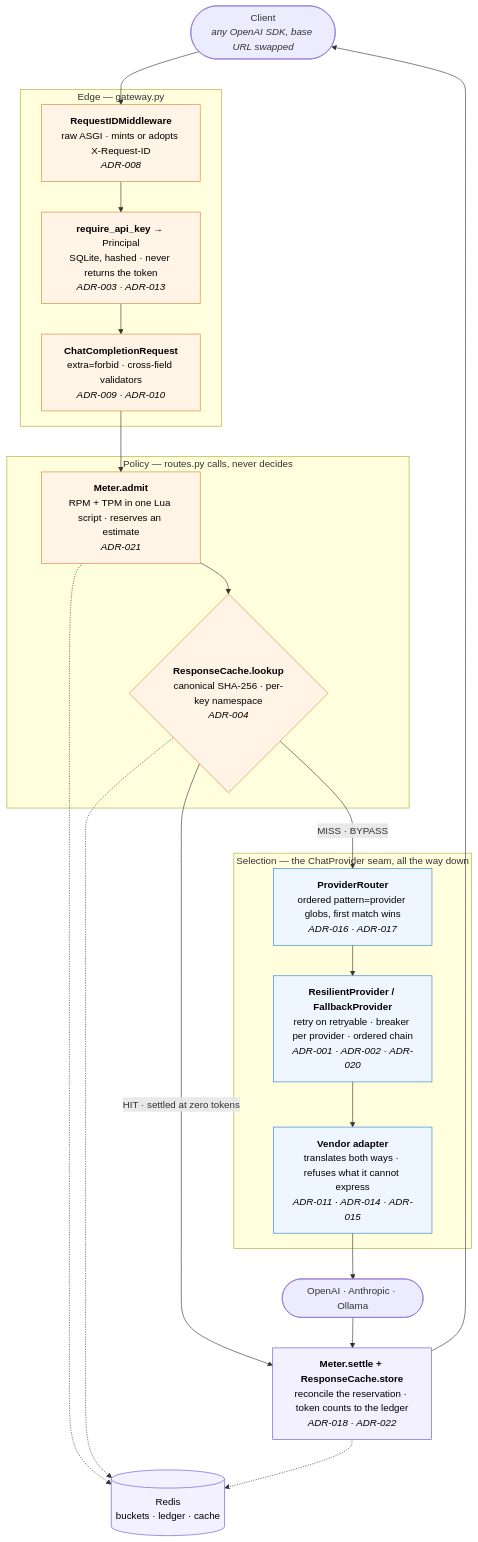
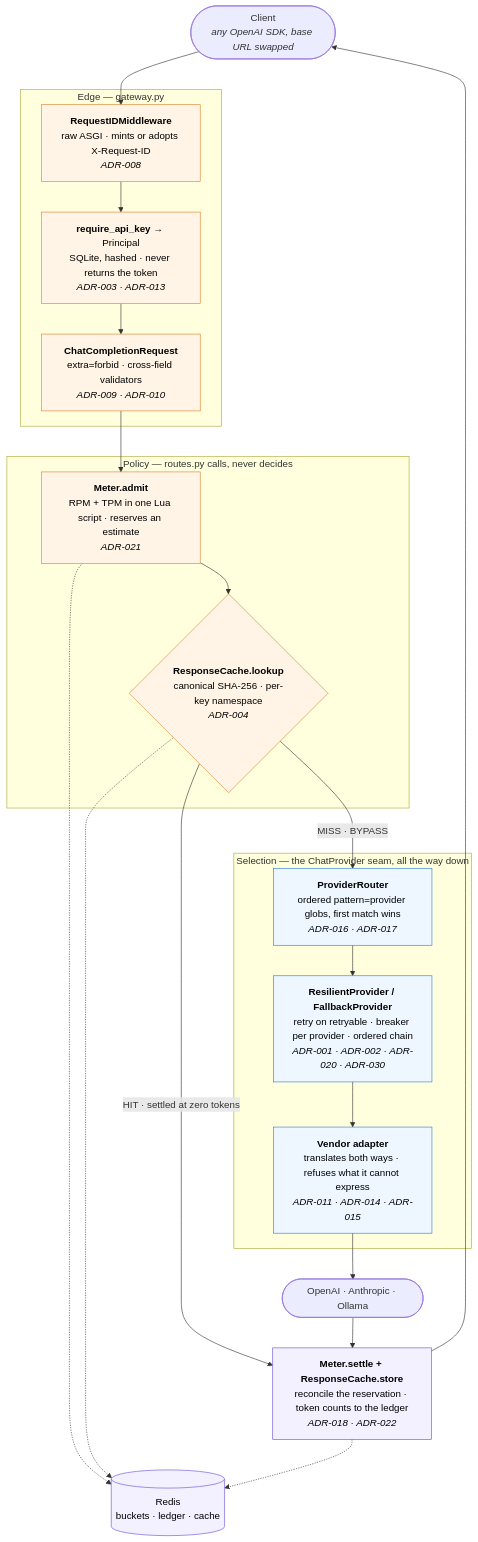
Before and after one commit to BenvinD/vortex-ai-gateway: the diagram in docs/architecture.md, drawn with Mermaid. The commit also changed other lines of this file and 15 other files, not shown here.

````diff
--- a/docs/architecture.md
+++ b/docs/architecture.md
@@ -11,45 +11,45 @@
 ```mermaid
 flowchart TD
     client([Client<br/><i>any OpenAI SDK, base URL swapped</i>])
 
     subgraph edge["Edge — gateway.py"]
         mw["<b>RequestIDMiddleware</b><br/>raw ASGI · mints or adopts X-Request-ID<br/><i>ADR-008</i>"]
         auth["<b>require_api_key</b> → Principal<br/>SQLite, hashed · never returns the token<br/><i>ADR-003 · ADR-013</i>"]
         validate["<b>ChatCompletionRequest</b><br/>extra=forbid · cross-field validators<br/><i>ADR-009 · ADR-010</i>"]
     end
 
     subgraph policy["Policy — routes.py calls, never decides"]
         admit["<b>Meter.admit</b><br/>RPM + TPM in one Lua script · reserves an estimate<br/><i>ADR-021</i>"]
         cache{"<b>ResponseCache.lookup</b><br/>canonical SHA-256 · per-key namespace<br/><i>ADR-004</i>"}
     end
 
     subgraph selection["Selection — the ChatProvider seam, all the way down"]
         router["<b>ProviderRouter</b><br/>ordered pattern=provider globs, first match wins<br/><i>ADR-016 · ADR-017</i>"]
-        resilience["<b>ResilientProvider / FallbackProvider</b><br/>retry on retryable · breaker per provider · ordered chain<br/><i>ADR-001 · ADR-002 · ADR-020</i>"]
+        resilience["<b>ResilientProvider / FallbackProvider</b><br/>retry on retryable · breaker per provider · ordered chain<br/><i>ADR-001 · ADR-002 · ADR-020 · ADR-030</i>"]
         adapter["<b>Vendor adapter</b><br/>translates both ways · refuses what it cannot express<br/><i>ADR-011 · ADR-014 · ADR-015</i>"]
     end
 
     upstream([OpenAI · Anthropic · Ollama])
 
     settle["<b>Meter.settle + ResponseCache.store</b><br/>reconcile the reservation · token counts to the ledger<br/><i>ADR-018 · ADR-022</i>"]
 
     redis[("Redis<br/>buckets · ledger · cache")]
 
     client --> mw --> auth --> validate --> admit --> cache
     cache -- "HIT · settled at zero tokens" --> settle
     cache -- "MISS · BYPASS" --> router
     router --> resilience --> adapter --> upstream
     upstream --> settle
     settle --> client
 
     admit -.-> redis
     cache -.-> redis
     settle -.-> redis
 
     classDef gate fill:#fff4e6,stroke:#d9822b,color:#000
     classDef seam fill:#eef7ff,stroke:#2b7bd9,color:#000
     classDef store fill:#f3f0ff,stroke:#6b4fd9,color:#000
     class mw,auth,validate,admit,cache gate
     class router,resilience,adapter seam
     class redis,settle store
 ```
````
